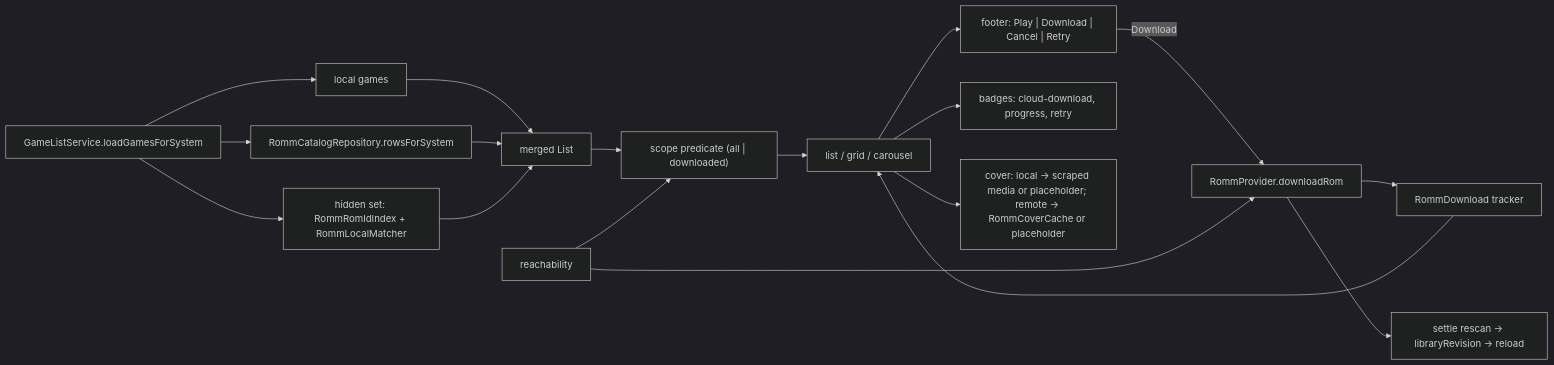
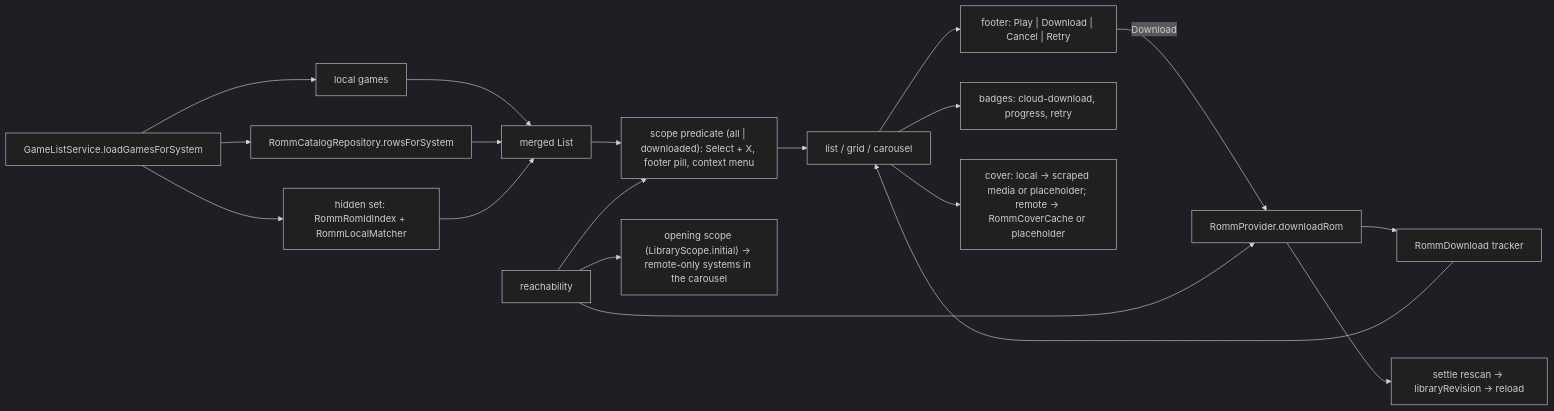
Before and after one commit to jonstump/neostation-frontend: the second of 2 diagrams in sdd/specs/romm-unified-library/design.md, drawn with Mermaid (dark theme). The commit also changed other lines of this file and 3 other files, not shown here.

````diff
--- a/sdd/specs/romm-unified-library/design.md
+++ b/sdd/specs/romm-unified-library/design.md
@@ -88,17 +103,18 @@
 ```mermaid
 flowchart LR
     GL["GameListService.loadGamesForSystem"] --> L["local games"]
     GL --> C["RommCatalogRepository.rowsForSystem"]
     GL --> H["hidden set: RommRomIdIndex + RommLocalMatcher"]
     L & C & H --> M["merged List<GameModel>"]
-    M --> SC["scope predicate (all | downloaded)"]
+    M --> SC["scope predicate (all | downloaded): Select + X, footer pill, context menu"]
     SC --> V["list / grid / carousel"]
     V --> F["footer: Play | Download | Cancel | Retry"]
     V --> B["badges: cloud-download, progress, retry"]
     V --> CV["cover: local → scraped media or placeholder; remote → RommCoverCache or placeholder"]
     F -->|Download| DL["RommProvider.downloadRom"]
     DL --> T["RommDownload tracker"] --> V
     DL --> ST["settle rescan → libraryRevision → reload"]
     RC["reachability"] --> SC
     RC --> DL
+    RC --> OS["opening scope (LibraryScope.initial) → remote-only systems in the carousel"]
 ```
````
